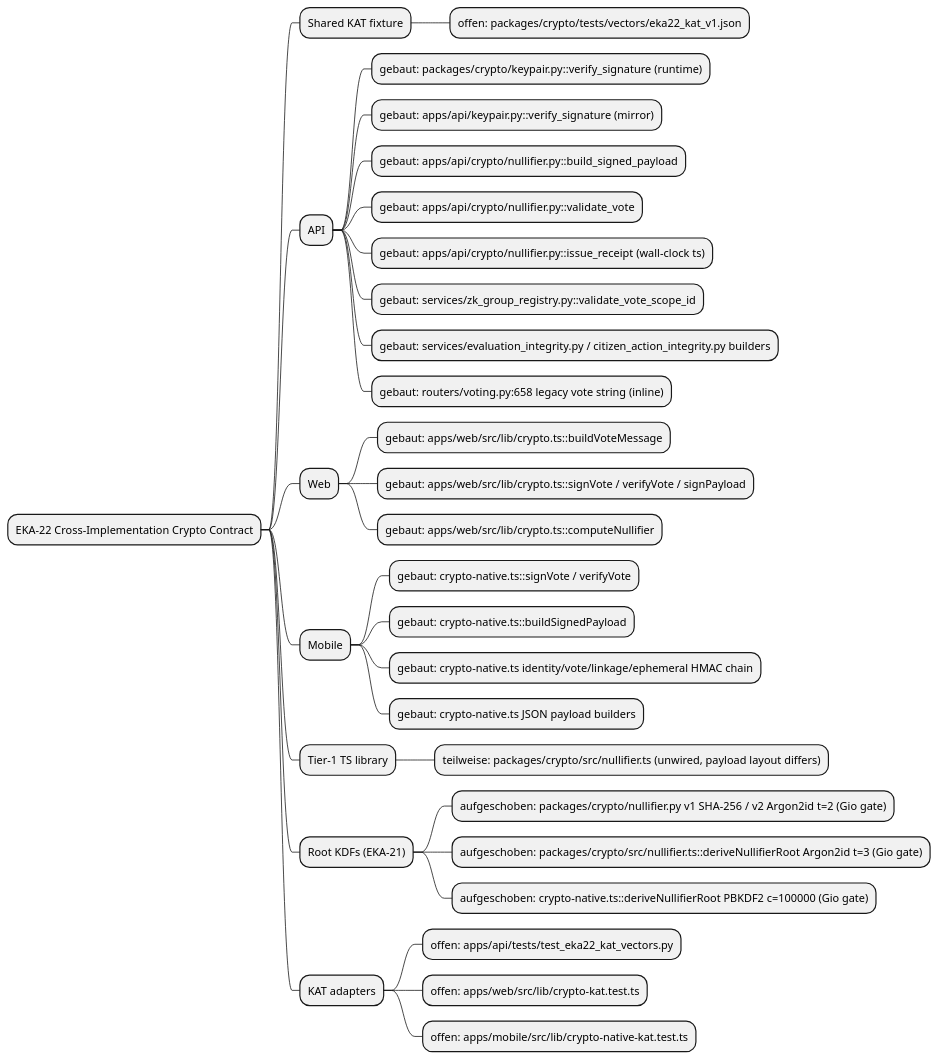
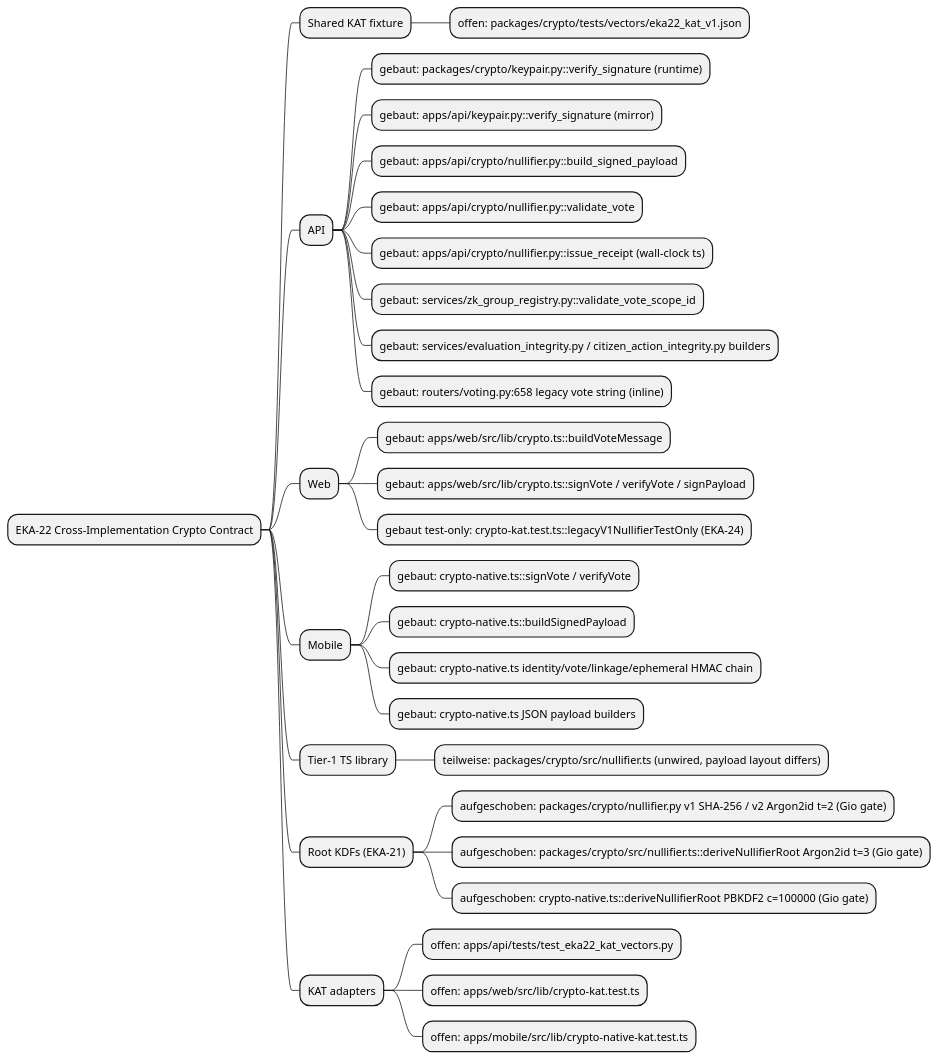
Before and after one commit to NeaBouli/pnyx: diagram 11 of 14 in docs/architecture/map.puml, drawn with PlantUML. The commit also changed other lines of this file and 16 other files, not shown here.

First line of the commit message:
test(web): isolate legacy v1 nullifier derivation (EKA-24) (#406)

```diff
--- a/docs/architecture/map.puml
+++ b/docs/architecture/map.puml
@@ -234,34 +234,34 @@
 @startmindmap
 ' EKA-22 — Cross-Implementation Crypto Contract (base 4cc1193); EKA-18 diagrams above unchanged
 * EKA-22 Cross-Implementation Crypto Contract
 ** Shared KAT fixture
 *** offen: packages/crypto/tests/vectors/eka22_kat_v1.json
 ** API
 *** gebaut: packages/crypto/keypair.py::verify_signature (runtime)
 *** gebaut: apps/api/keypair.py::verify_signature (mirror)
 *** gebaut: apps/api/crypto/nullifier.py::build_signed_payload
 *** gebaut: apps/api/crypto/nullifier.py::validate_vote
 *** gebaut: apps/api/crypto/nullifier.py::issue_receipt (wall-clock ts)
 *** gebaut: services/zk_group_registry.py::validate_vote_scope_id
 *** gebaut: services/evaluation_integrity.py / citizen_action_integrity.py builders
 *** gebaut: routers/voting.py:658 legacy vote string (inline)
 ** Web
 *** gebaut: apps/web/src/lib/crypto.ts::buildVoteMessage
 *** gebaut: apps/web/src/lib/crypto.ts::signVote / verifyVote / signPayload
-*** gebaut: apps/web/src/lib/crypto.ts::computeNullifier
+*** gebaut test-only: crypto-kat.test.ts::legacyV1NullifierTestOnly (EKA-24)
 ** Mobile
 *** gebaut: crypto-native.ts::signVote / verifyVote
 *** gebaut: crypto-native.ts::buildSignedPayload
 *** gebaut: crypto-native.ts identity/vote/linkage/ephemeral HMAC chain
 *** gebaut: crypto-native.ts JSON payload builders
 ** Tier-1 TS library
 *** teilweise: packages/crypto/src/nullifier.ts (unwired, payload layout differs)
 ** Root KDFs (EKA-21)
 *** aufgeschoben: packages/crypto/nullifier.py v1 SHA-256 / v2 Argon2id t=2 (Gio gate)
 *** aufgeschoben: packages/crypto/src/nullifier.ts::deriveNullifierRoot Argon2id t=3 (Gio gate)
 *** aufgeschoben: crypto-native.ts::deriveNullifierRoot PBKDF2 c=100000 (Gio gate)
 ** KAT adapters
 *** offen: apps/api/tests/test_eka22_kat_vectors.py
 *** offen: apps/web/src/lib/crypto-kat.test.ts
 *** offen: apps/mobile/src/lib/crypto-native-kat.test.ts
 @endmindmap
```
